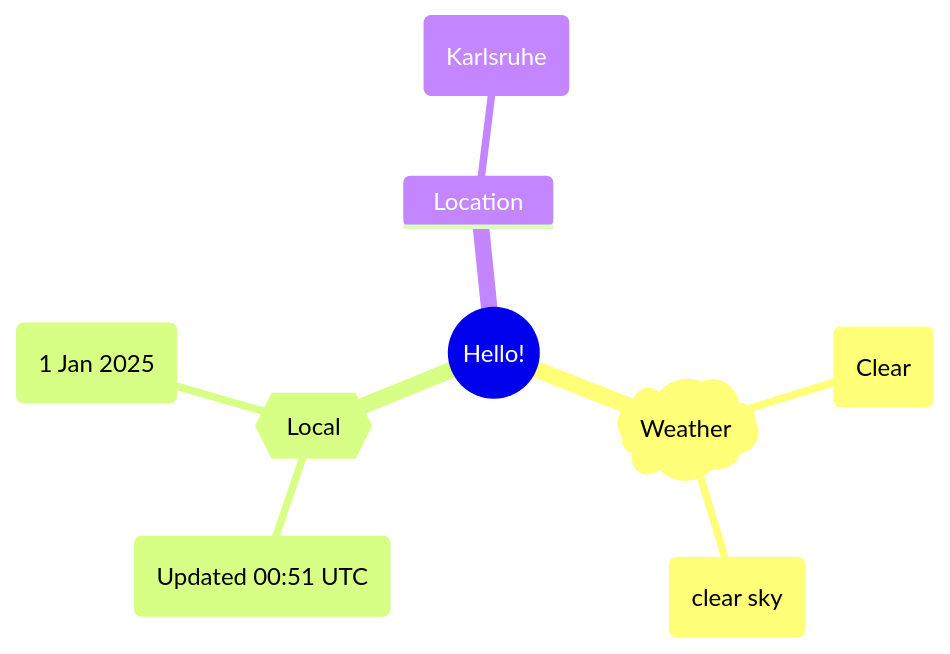
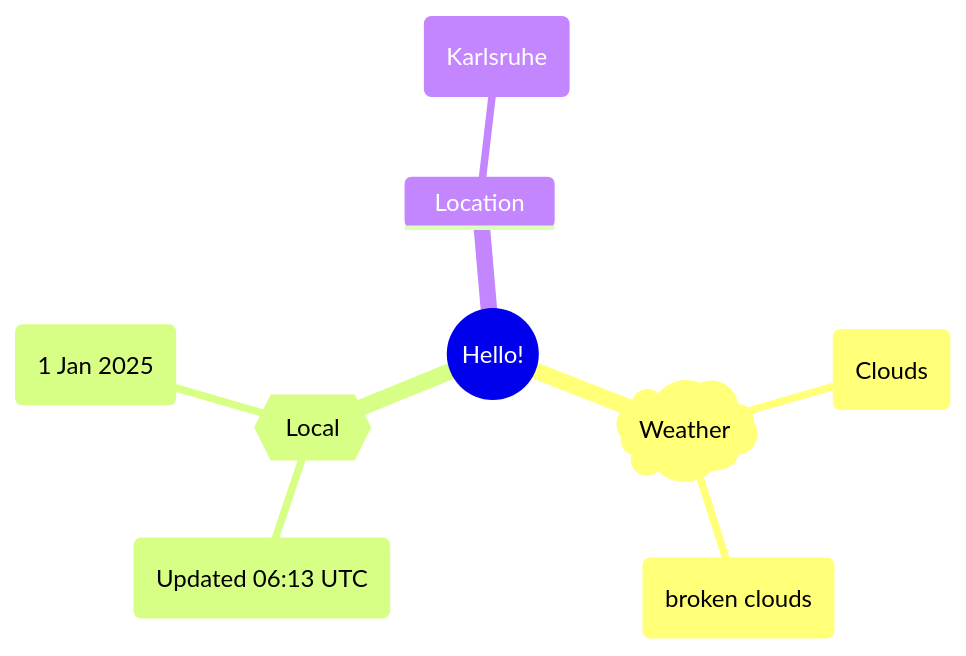
The first of 2 diagrams in README.md (Xosrov/Xosrov), drawn with Mermaid before and after one commit.

Commit message:
[bot] updated images

````diff
--- a/README.md
+++ b/README.md
@@ -3,12 +3,12 @@
 ```mermaid
 mindmap
   root((Hello!))
     )Weather(
-        (Clear)
-        (clear sky)
+        (Clouds)
+        (broken clouds)
     {{Local}}
-        (Updated 00:51 UTC)
+        (Updated 06:13 UTC)
         (1 Jan 2025)
     Location
         (Karlsruhe)
 ```
````
